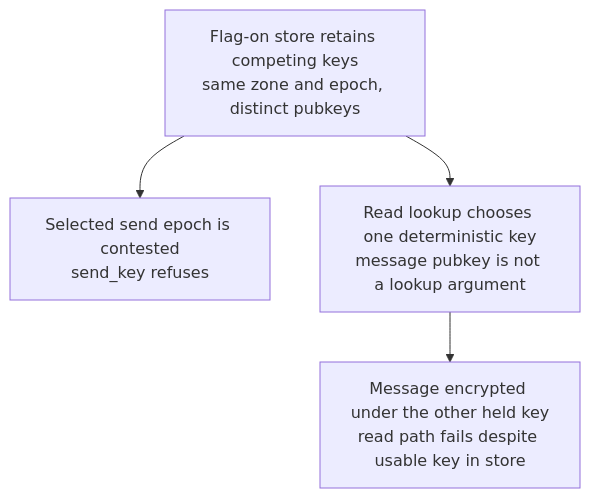
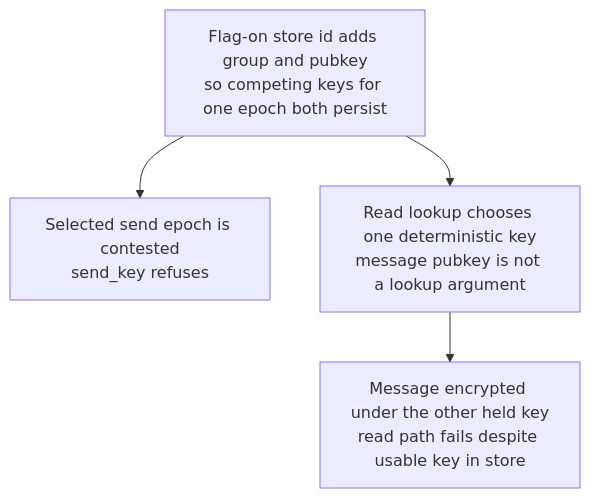
Before and after one commit to DreamLab-AI/VisionFlow: the third of 6 diagrams in docs/diagrams/nostr-rust-forum/28-nip171-owner-recovery-and-ticket-contracts.md, drawn with Mermaid. The commit also changed other lines of this file, not shown here.

First line of the commit message:
docs(diagrams): re-derive NF-28 from main at nostr-rust-forum af4f0d5

````diff
--- a/docs/diagrams/nostr-rust-forum/28-nip171-owner-recovery-and-ticket-contracts.md
+++ b/docs/diagrams/nostr-rust-forum/28-nip171-owner-recovery-and-ticket-contracts.md
@@ -74,13 +76,13 @@
 ```mermaid
 flowchart TB
-    %% Source: ../nostr-rust-forum/crates/nostr-bbs-forum-client/src/zone_crypto/store.rs:125
-    S["Flag-on store retains competing keys<br/>same zone and epoch, distinct pubkeys"]
-    %% Source: ../nostr-rust-forum/crates/nostr-bbs-forum-client/src/zone_crypto/keyset.rs:85
+    %% Source: ../nostr-rust-forum/crates/nostr-bbs-forum-client/src/zone_crypto/mod.rs:219
+    S["Flag-on store id adds group and pubkey<br/>so competing keys for one epoch both persist"]
+    %% Source: ../nostr-rust-forum/crates/nostr-bbs-forum-client/src/zone_crypto/keyset.rs:101
     W["Selected send epoch is contested<br/>send_key refuses"]
-    %% Source: ../nostr-rust-forum/crates/nostr-bbs-forum-client/src/zone_crypto/keyset.rs:95
+    %% Source: ../nostr-rust-forum/crates/nostr-bbs-forum-client/src/zone_crypto/keyset.rs:111
     L["Read lookup chooses one deterministic key<br/>message pubkey is not a lookup argument"]
-    %% Source: ../nostr-rust-forum/crates/nostr-bbs-forum-client/src/zone_crypto/mod.rs:527
+    %% Source: ../nostr-rust-forum/crates/nostr-bbs-forum-client/src/zone_crypto/mod.rs:565
     R["Message encrypted under the other held key<br/>read path fails despite usable key in store"]
     S --> W
     S --> L --> R
 ```
````
